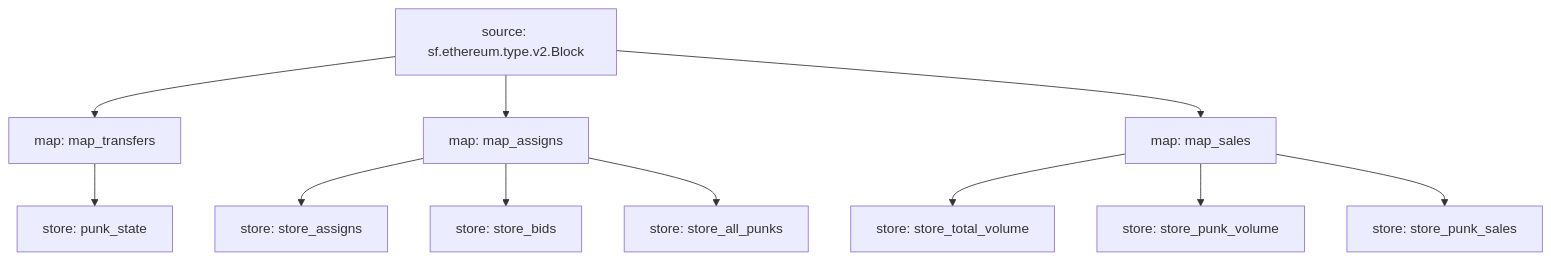
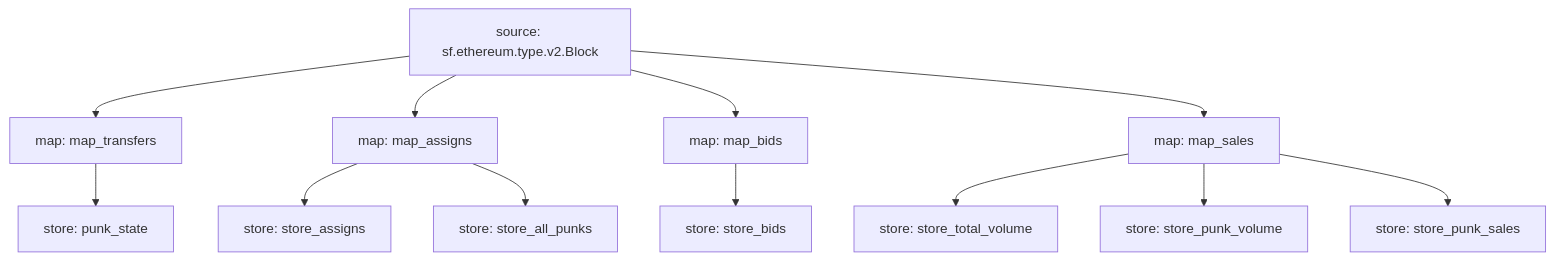
One commit to itsjerryokolo/cryptopunks_substreams changed the diagram in README.md. Above: the diagram before and after it, drawn with Mermaid.

````diff
--- a/README.md
+++ b/README.md
@@ -3,23 +3,25 @@
 ```mermaid
 graph TD;
   map_transfers[map: map_transfers]
   sf.ethereum.type.v2.Block[source: sf.ethereum.type.v2.Block] --> map_transfers
   punk_state[store: punk_state]
   map_transfers --> punk_state
   map_assigns[map: map_assigns]
   sf.ethereum.type.v2.Block[source: sf.ethereum.type.v2.Block] --> map_assigns
   store_assigns[store: store_assigns]
   map_assigns --> store_assigns
+  map_bids[map: map_bids]
+  sf.ethereum.type.v2.Block[source: sf.ethereum.type.v2.Block] --> map_bids
   store_bids[store: store_bids]
-  map_assigns --> store_bids
+  map_bids --> store_bids
   store_all_punks[store: store_all_punks]
   map_assigns --> store_all_punks
   store_total_volume[store: store_total_volume]
   map_sales --> store_total_volume
   store_punk_volume[store: store_punk_volume]
   map_sales --> store_punk_volume
   store_punk_sales[store: store_punk_sales]
   map_sales --> store_punk_sales
   map_sales[map: map_sales]
   sf.ethereum.type.v2.Block[source: sf.ethereum.type.v2.Block] --> map_sales
 ```
````
